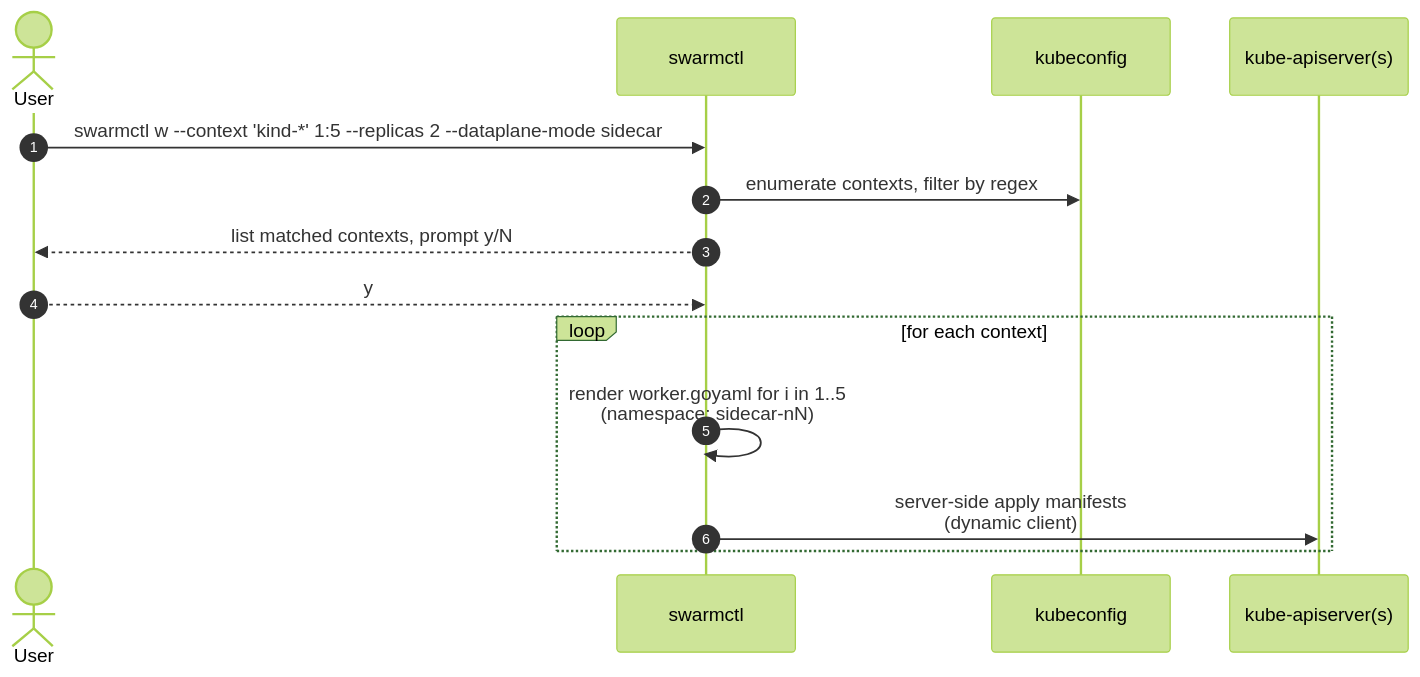
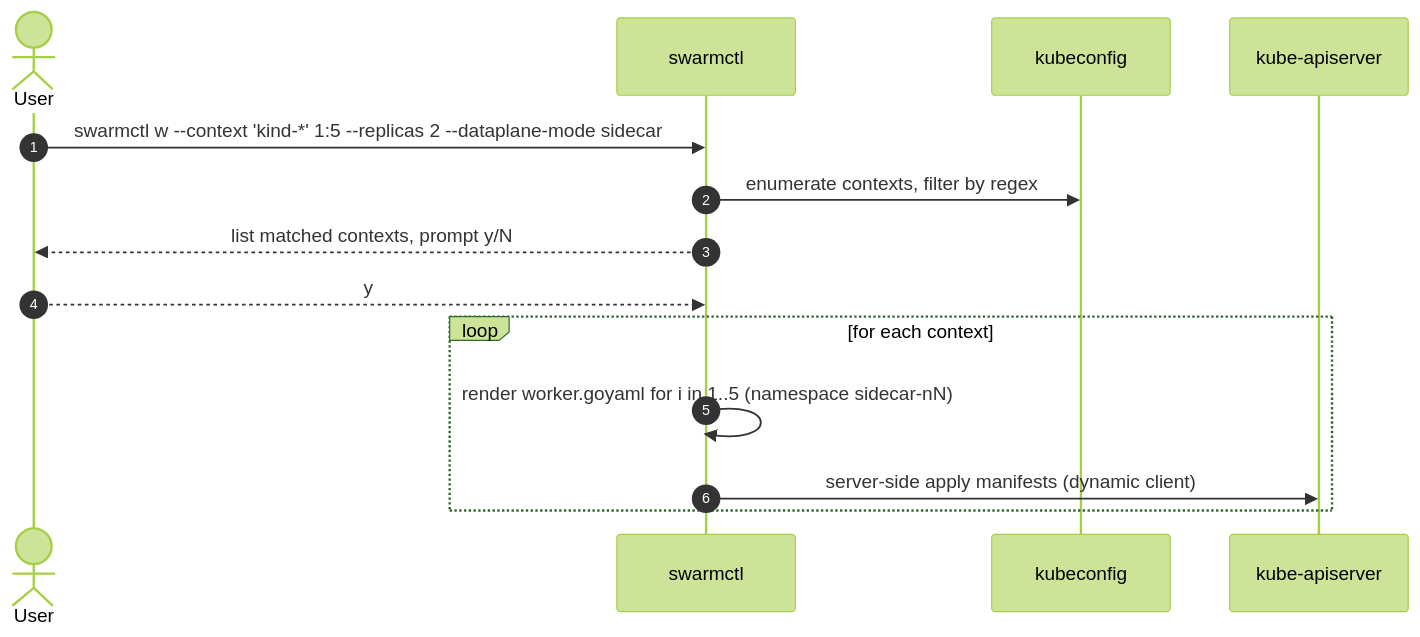
Before and after one commit to h0tbird/k-swarm: the second of 6 diagrams in docs/architecture.md, drawn with Mermaid (forest theme). The commit also changed other lines of this file, not shown here.

Commit message:
Fix diagrams

````diff
--- a/docs/architecture.md
+++ b/docs/architecture.md
@@ -117,17 +117,17 @@
 ```mermaid
 sequenceDiagram
     autonumber
     actor User
     participant SC as swarmctl
     participant KC as kubeconfig
-    participant API as kube-apiserver(s)
+    participant API as kube-apiserver
 
     User->>SC: swarmctl w --context 'kind-*' 1:5 --replicas 2 --dataplane-mode sidecar
     SC->>KC: enumerate contexts, filter by regex
     SC-->>User: list matched contexts, prompt y/N
     User-->>SC: y
     loop for each context
-        SC->>SC: render worker.goyaml for i in 1..5<br/>(namespace: sidecar-nN)
-        SC->>API: server-side apply manifests<br/>(dynamic client)
+        SC->>SC: render worker.goyaml for i in 1..5 (namespace sidecar-nN)
+        SC->>API: server-side apply manifests (dynamic client)
     end
 ```
````
